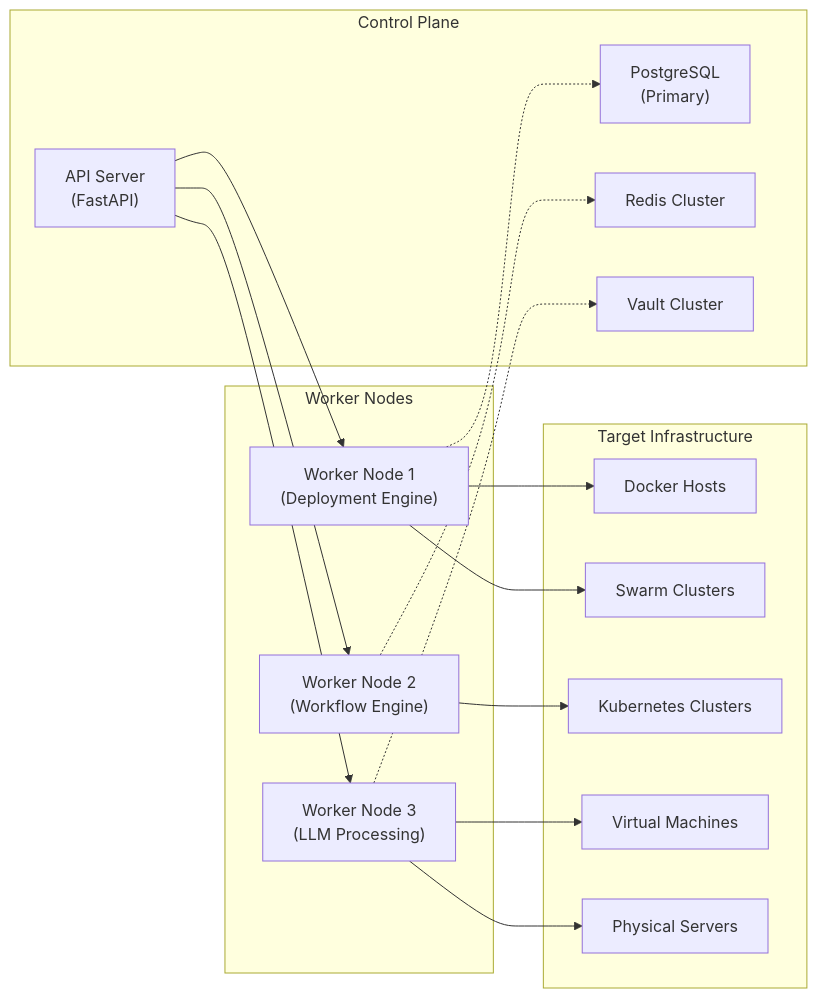
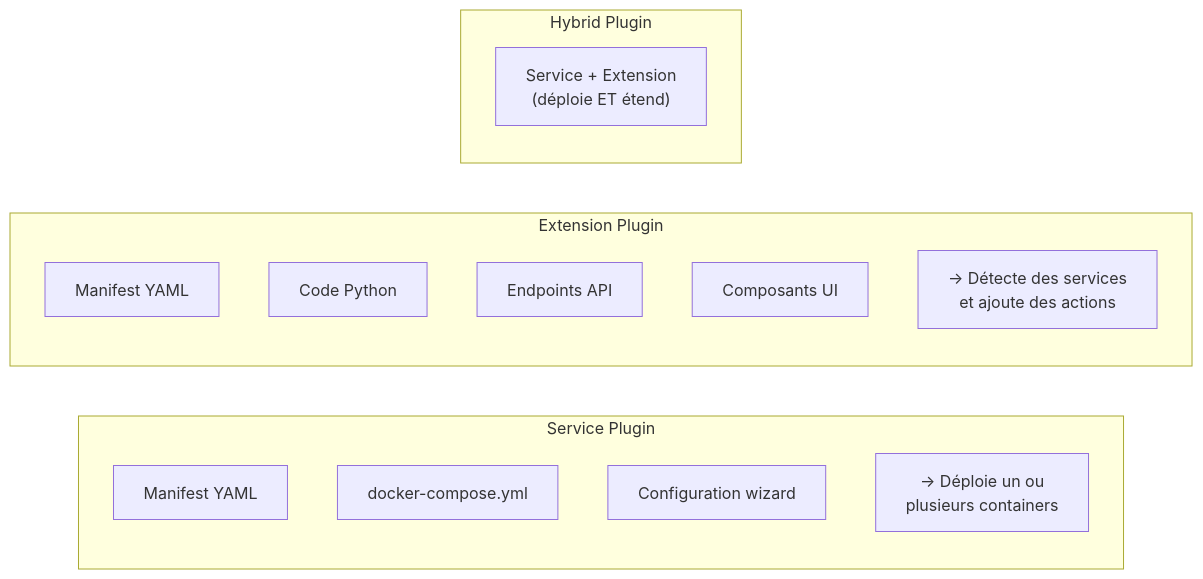
One commit to stefapi/windflow changed the second of 6 diagrams in doc/general_specs/02-architecture.md. Above: the diagram before and after it, drawn with Mermaid. The commit also changed other lines of this file and 48 other files, not shown here.

Commit message:
feat: added a system to manage roadmap and developments

````diff
--- a/doc/general_specs/02-architecture.md
+++ b/doc/general_specs/02-architecture.md
@@ -95,37 +242,21 @@
 ```mermaid
 flowchart LR
-    subgraph "Control Plane"
-        API["API Server\n(FastAPI)"]
-        DB["PostgreSQL\n(Primary)"]
-        Cache["Redis Cluster"]
-        Vault["Vault Cluster"]
+    subgraph "Service Plugin"
+        SP_Manifest["Manifest YAML"]
+        SP_Compose["docker-compose.yml"]
+        SP_Config["Configuration wizard"]
+        SP_Deploy["→ Déploie un ou\nplusieurs containers"]
     end
-    
-    subgraph "Worker Nodes"
-        Worker1["Worker Node 1\n(Deployment Engine)"]
-        Worker2["Worker Node 2\n(Workflow Engine)"]
-        Worker3["Worker Node 3\n(LLM Processing)"]
+
+    subgraph "Extension Plugin"
+        EP_Manifest["Manifest YAML"]
+        EP_Code["Code Python"]
+        EP_API["Endpoints API"]
+        EP_UI["Composants UI"]
+        EP_Detect["→ Détecte des services\net ajoute des actions"]
     end
-    
-    subgraph "Target Infrastructure"
-        Docker["Docker Hosts"]
-        Swarm["Swarm Clusters"]
-        K8s["Kubernetes Clusters"]
-        VMs["Virtual Machines"]
-        Physical["Physical Servers"]
+
+    subgraph "Hybrid Plugin"
+        HP_Both["Service + Extension\n(déploie ET étend)"]
     end
-    
-    API --> Worker1
-    API --> Worker2
-    API --> Worker3
-    
-    Worker1 --> Docker
-    Worker1 --> Swarm
-    Worker2 --> K8s
-    Worker3 --> VMs
-    Worker3 --> Physical
-    
-    Worker1 -.-> DB
-    Worker2 -.-> Cache
-    Worker3 -.-> Vault
 ```
````
